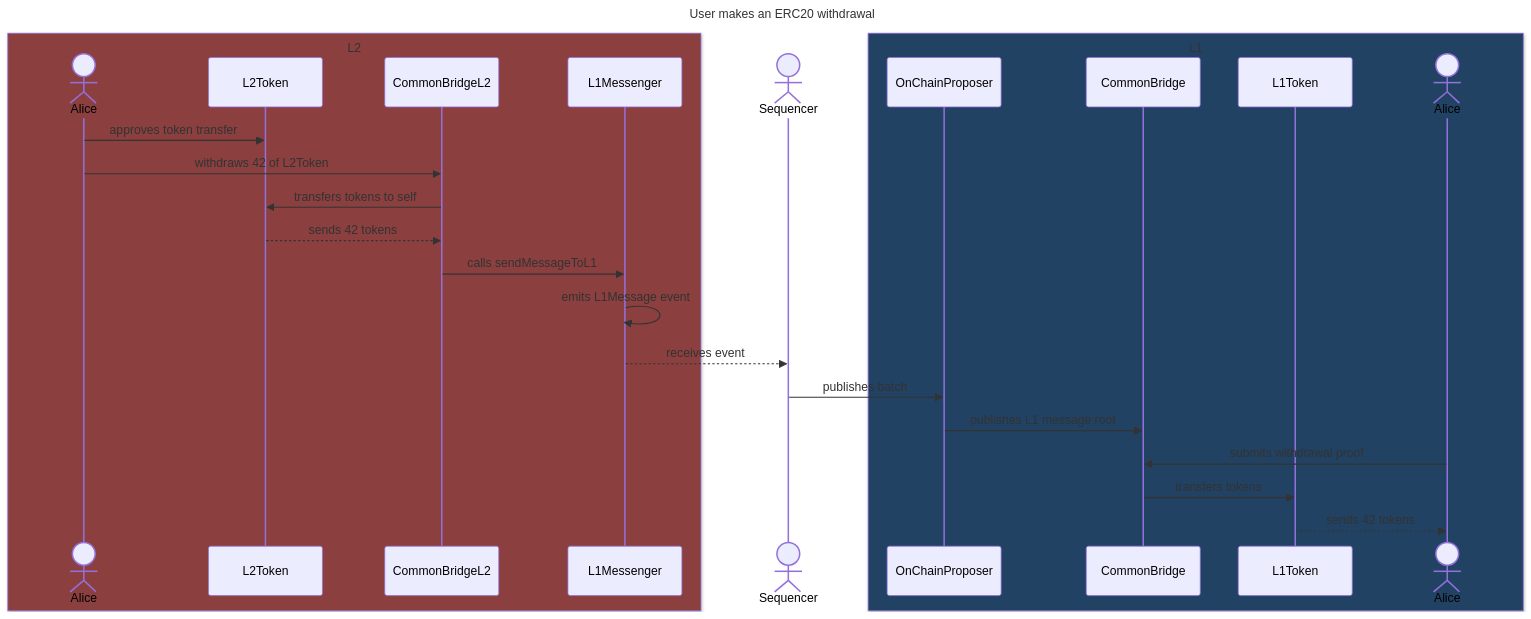
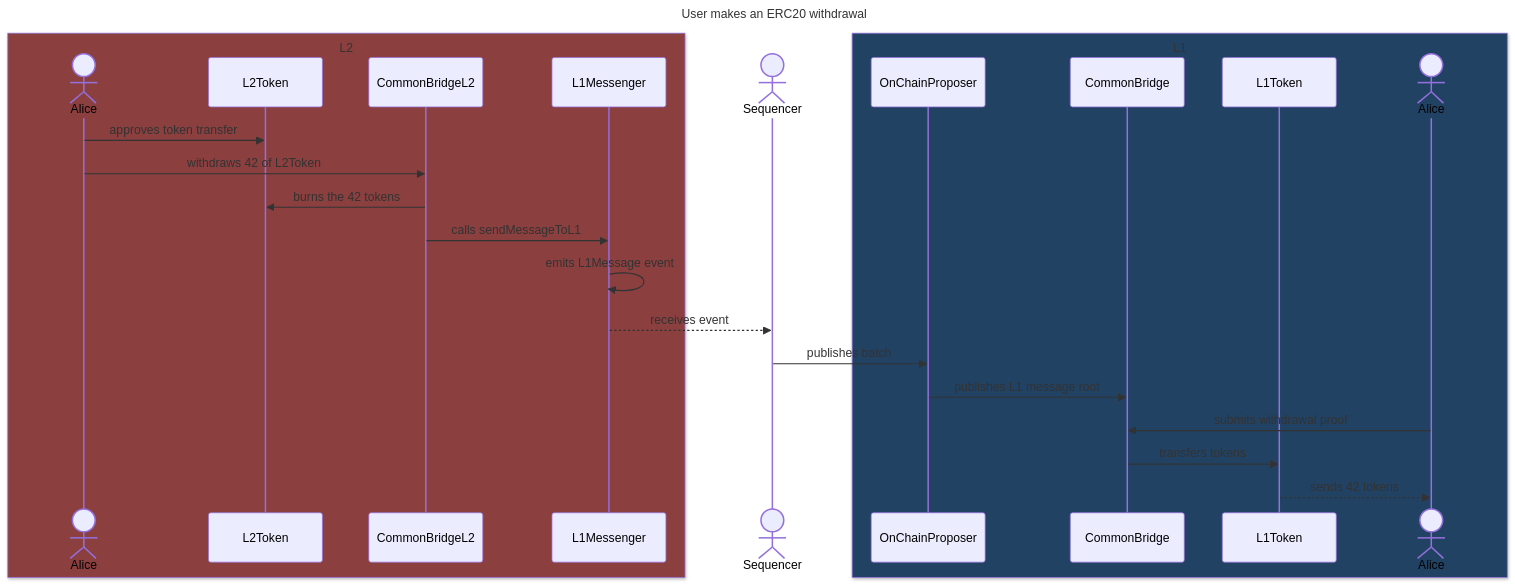
The second of 2 diagrams in docs/l2/withdrawals.md (lambdaclass/ethrex), drawn with Mermaid before and after one commit. The commit also changed other lines of this file, not shown here.

````diff
--- a/docs/l2/withdrawals.md
+++ b/docs/l2/withdrawals.md
@@ -84,37 +88,36 @@
 ```mermaid
 ---
 title: User makes an ERC20 withdrawal
 ---
 sequenceDiagram
     box rgb(139, 63, 63) L2
         actor L2Alice as Alice
         participant L2Token
         participant CommonBridgeL2
         participant L1Messenger
     end
 
     actor Sequencer
 
     box rgb(33,66,99) L1
         participant OnChainProposer
         participant CommonBridge
         participant L1Token
         actor L1Alice as Alice
     end
 
     L2Alice->>L2Token: approves token transfer
     L2Alice->>CommonBridgeL2: withdraws 42 of L2Token
-    CommonBridgeL2->>L2Token: transfers tokens to self
-    L2Token-->>CommonBridgeL2: sends 42 tokens
+    CommonBridgeL2->>L2Token: burns the 42 tokens
     CommonBridgeL2->>L1Messenger: calls sendMessageToL1
     L1Messenger->>L1Messenger: emits L1Message event
 
     L1Messenger-->>Sequencer: receives event
 
     Sequencer->>OnChainProposer: publishes batch
     OnChainProposer->>CommonBridge: publishes L1 message root
 
     L1Alice->>CommonBridge: submits withdrawal proof
     CommonBridge->>L1Token: transfers tokens
     L1Token-->>L1Alice: sends 42 tokens
 ```
````
